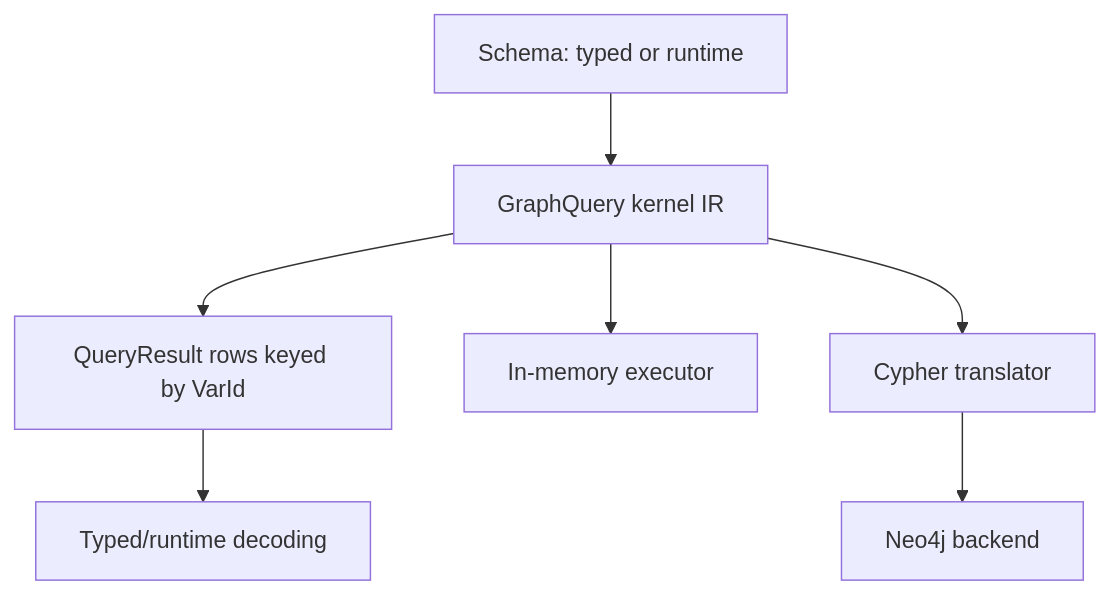
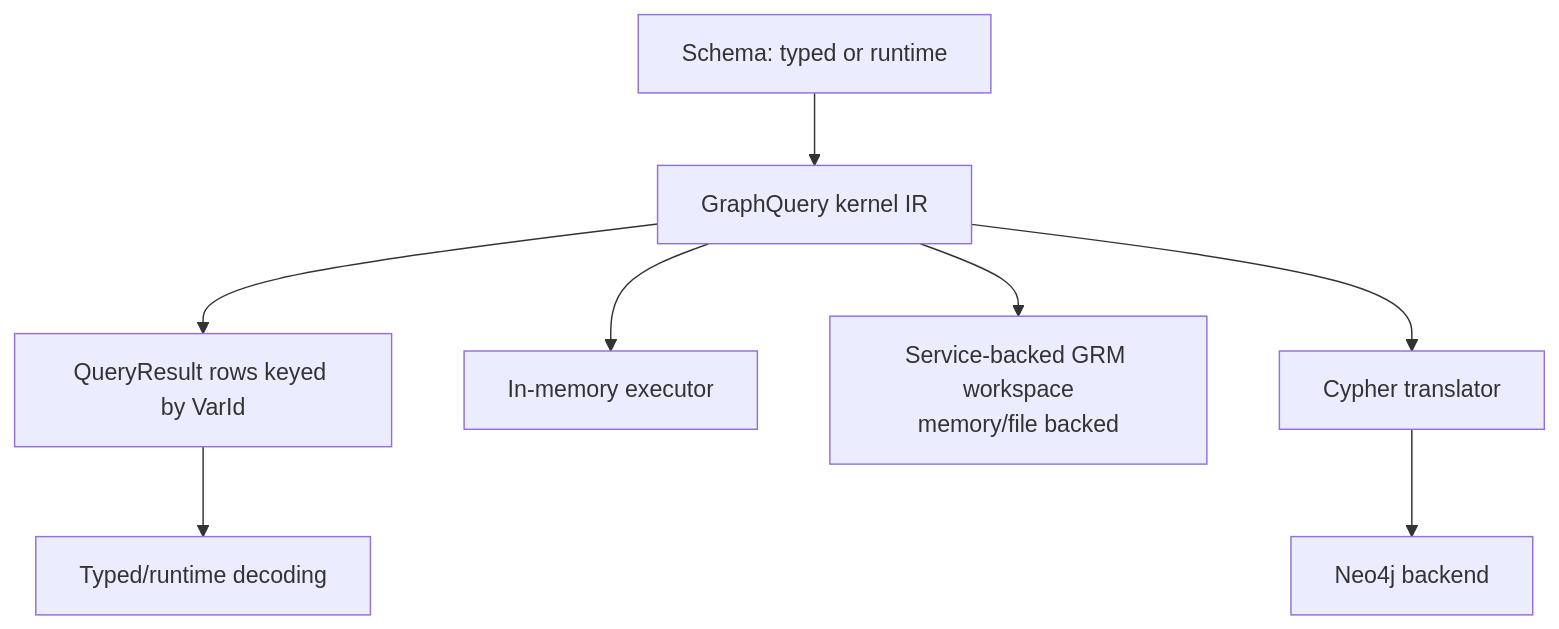
The second of 2 diagrams in README.md (poppaLol/grm-rs), drawn with Mermaid before and after one commit. The commit also changed other lines of this file, not shown here.

````diff
--- a/README.md
+++ b/README.md
@@ -222,9 +225,10 @@
 ```mermaid
 flowchart TD
     Schema[Schema: typed or runtime] --> Query[GraphQuery kernel IR]
     Query --> Results[QueryResult rows keyed by VarId]
     Results --> Decode[Typed/runtime decoding]
     Query --> Memory[In-memory executor]
+    Query --> Workspace[Service-backed GRM workspace\nmemory/file backed]
     Query --> Cypher[Cypher translator]
     Cypher --> Neo4j[Neo4j backend]
 ```
````
